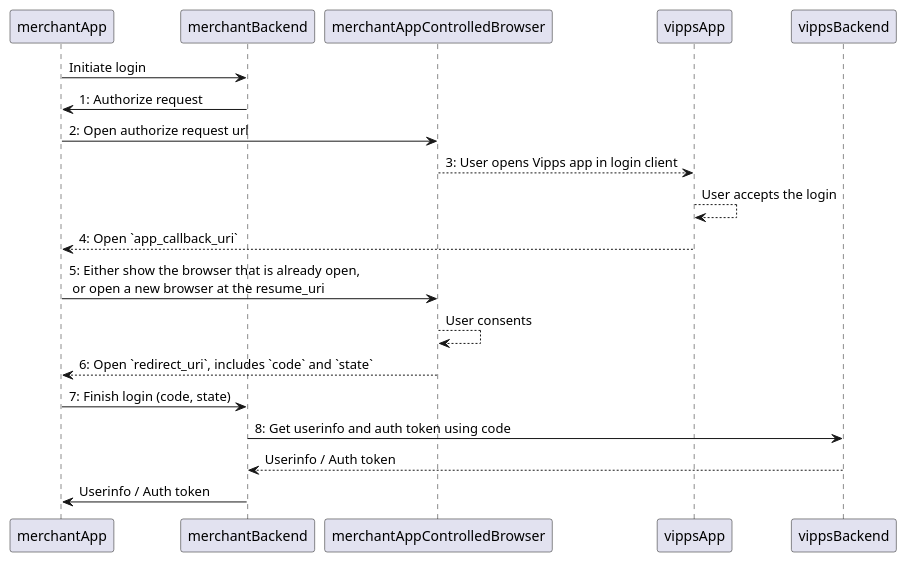
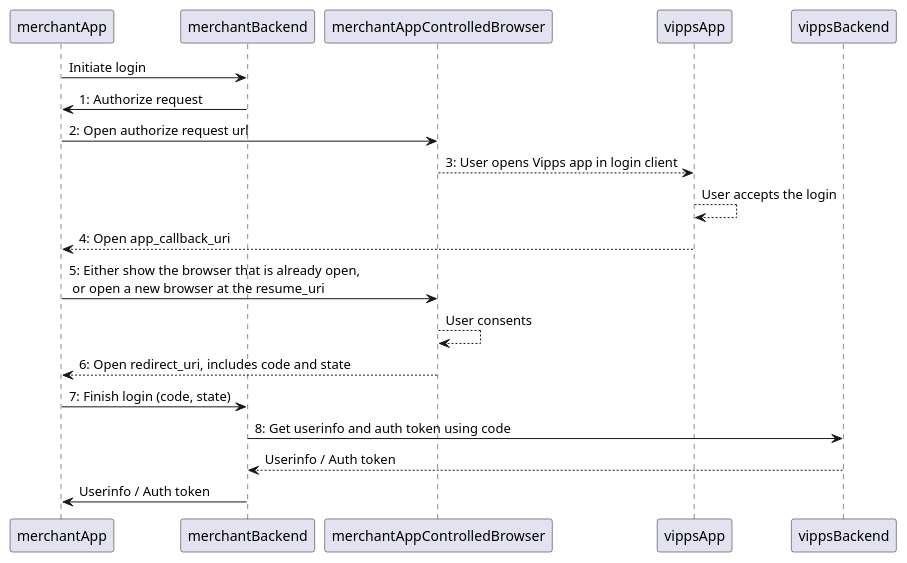
The diagram in images/app2appsuggestion.puml (vippsas/vipps-login-api), drawn with PlantUML before and after one commit. The commit also changed 1 other file, not shown here.

Commit message:
NOJIRA: Remove ` from diagram

```diff
--- a/images/app2appsuggestion.puml
+++ b/images/app2appsuggestion.puml
@@ -1,18 +1,18 @@
 @startuml component
 
 merchantApp -> merchantBackend : Initiate login
 merchantBackend -> merchantApp: 1: Authorize request
 merchantApp -> merchantAppControlledBrowser : 2: Open authorize request url
 merchantAppControlledBrowser --> vippsApp : 3: User opens Vipps app in login client
 vippsApp --> vippsApp: User accepts the login
-vippsApp --> merchantApp : 4: Open `app_callback_uri`
+vippsApp --> merchantApp : 4: Open app_callback_uri
 merchantApp -> merchantAppControlledBrowser : 5: Either show the browser that is already open,\n\
  or open a new browser at the resume_uri
 merchantAppControlledBrowser --> merchantAppControlledBrowser: User consents
-merchantAppControlledBrowser --> merchantApp : 6: Open `redirect_uri`, includes `code` and `state`
+merchantAppControlledBrowser --> merchantApp : 6: Open redirect_uri, includes code and state
 merchantApp -> merchantBackend : 7: Finish login (code, state)
 merchantBackend -> vippsBackend : 8: Get userinfo and auth token using code
 vippsBackend --> merchantBackend : Userinfo / Auth token
 merchantBackend -> merchantApp : Userinfo / Auth token
 
 @enduml
```
